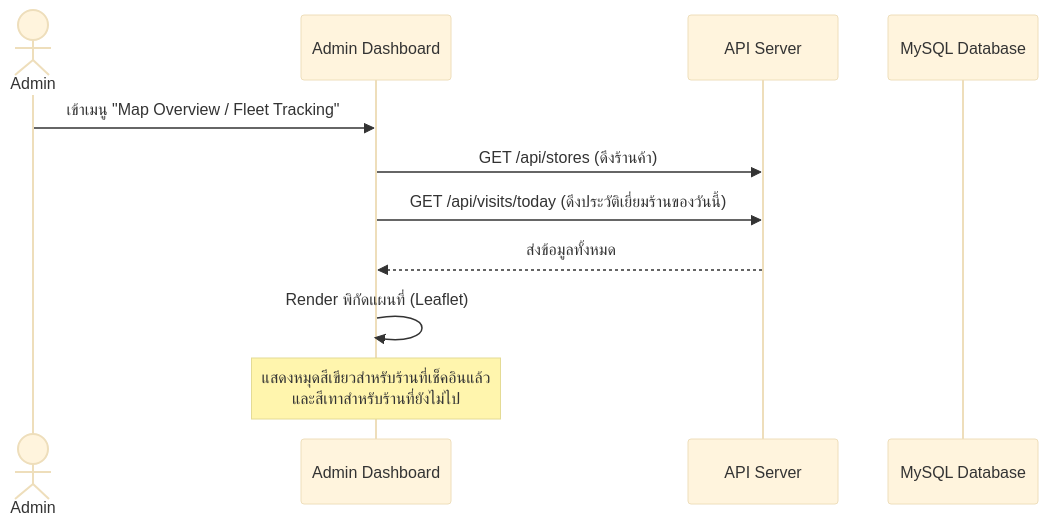
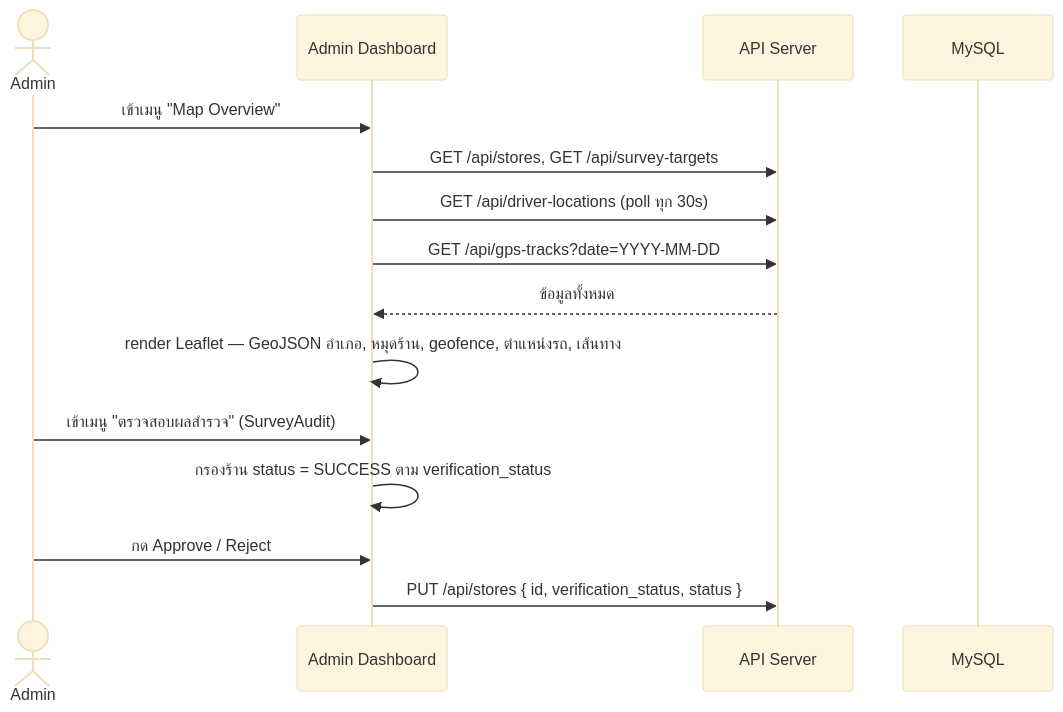
One commit to Chiraphong20/Cashvan changed the fifth of 6 diagrams in Docs/System_Workflows.md. Above: the diagram before and after it, drawn with Mermaid (base theme). The commit also changed other lines of this file and 21 other files, not shown here.

First line of the commit message:
docs: refresh project documentation; fix: handle GPS permission errors on driver check-in map

````diff
--- a/Docs/System_Workflows.md
+++ b/Docs/System_Workflows.md
@@ -97,15 +129,19 @@
 ```mermaid
 sequenceDiagram
     actor Admin
     participant FE as Admin Dashboard
     participant BE as API Server
-    participant DB as MySQL Database
+    participant WH as MySQL
 
-    Admin->>FE: เข้าเมนู "Map Overview / Fleet Tracking"
-    FE->>BE: GET /api/stores (ดึงร้านค้า)
-    FE->>BE: GET /api/visits/today (ดึงประวัติเยี่ยมร้านของวันนี้)
-    BE-->>FE: ส่งข้อมูลทั้งหมด
-    
-    FE->>FE: Render พิกัดแผนที่ (Leaflet) 
-    Note over FE: แสดงหมุดสีเขียวสำหรับร้านที่เช็คอินแล้ว<br/>และสีเทาสำหรับร้านที่ยังไม่ไป
+    Admin->>FE: เข้าเมนู "Map Overview"
+    FE->>BE: GET /api/stores, GET /api/survey-targets
+    FE->>BE: GET /api/driver-locations (poll ทุก 30s)
+    FE->>BE: GET /api/gps-tracks?date=YYYY-MM-DD
+    BE-->>FE: ข้อมูลทั้งหมด
+    FE->>FE: render Leaflet — GeoJSON อำเภอ, หมุดร้าน, geofence, ตำแหน่งรถ, เส้นทาง
+
+    Admin->>FE: เข้าเมนู "ตรวจสอบผลสำรวจ" (SurveyAudit)
+    FE->>FE: กรองร้าน status = SUCCESS ตาม verification_status
+    Admin->>FE: กด Approve / Reject
+    FE->>BE: PUT /api/stores { id, verification_status, status }
 ```
````
